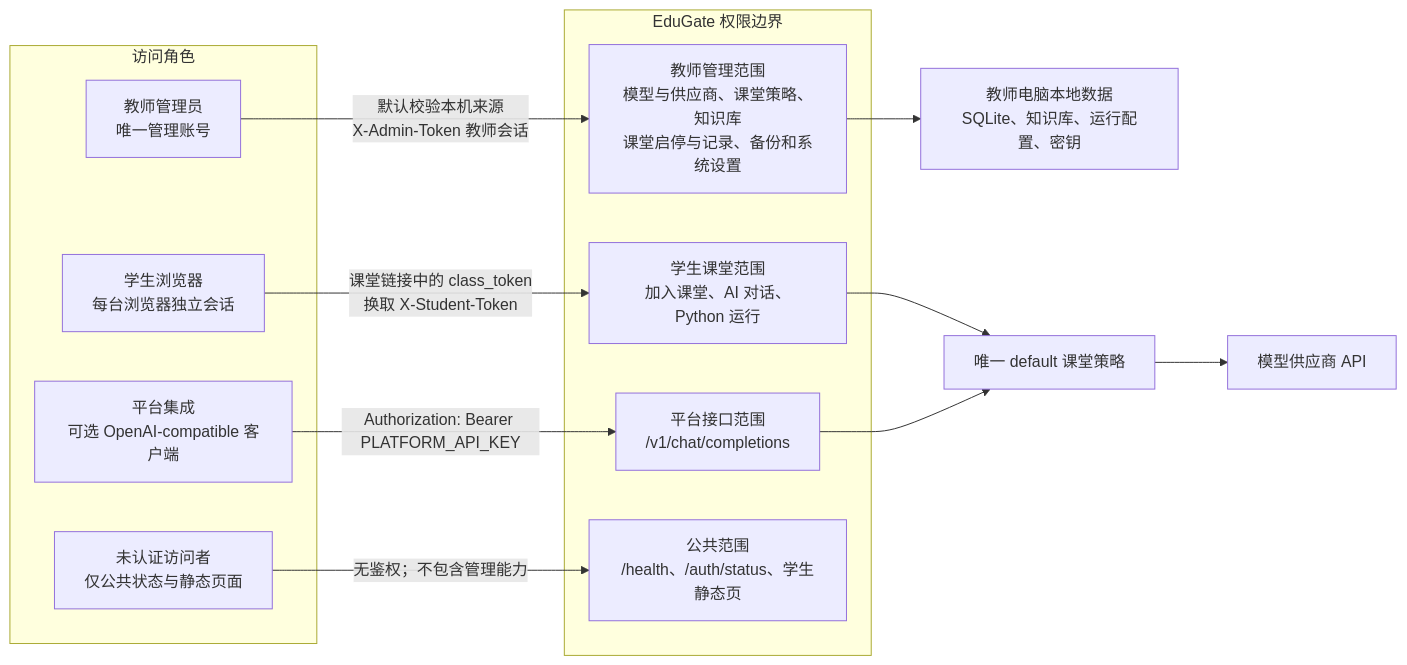
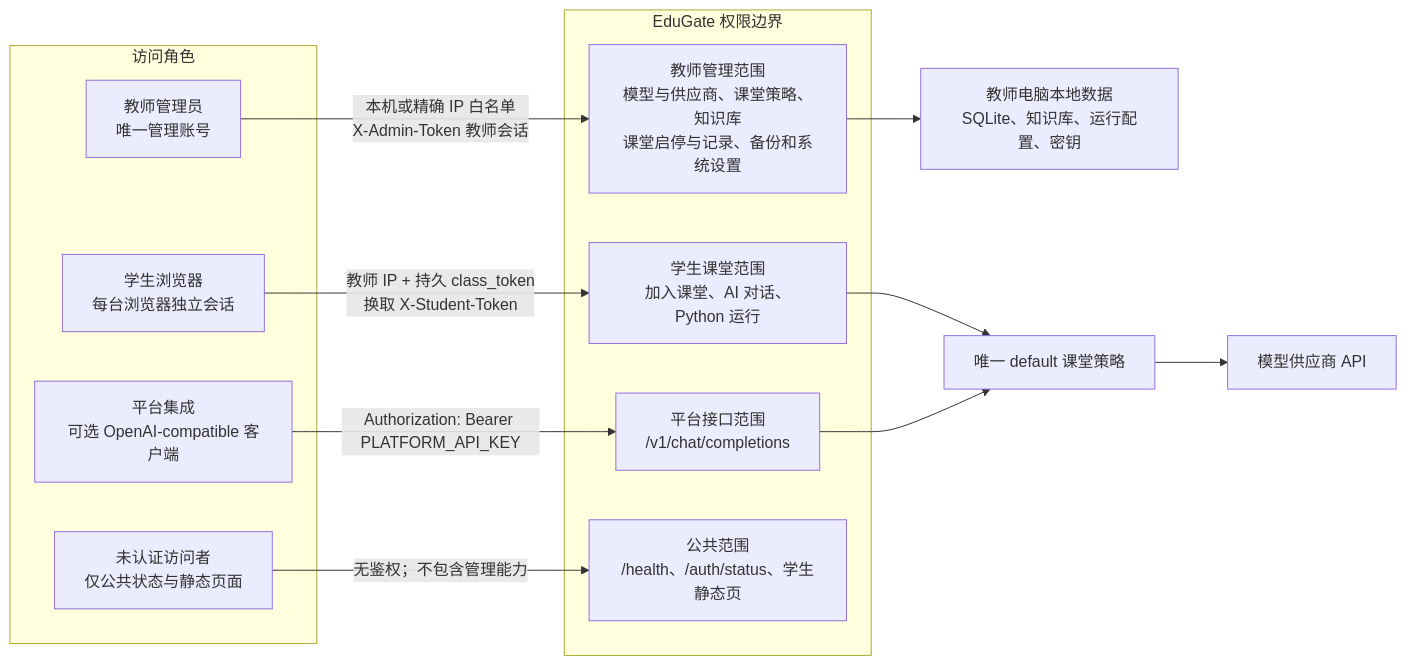
One commit to bd4rex/EduGate-standalone changed the diagram in README.md. Above: the diagram before and after it, drawn with Mermaid. The commit also changed other lines of this file and 19 other files, not shown here.

Commit message:
persist-classroom-link-and-restrict-lan-admin

````diff
--- a/README.md
+++ b/README.md
@@ -56,26 +58,26 @@
 ```mermaid
 flowchart LR
     subgraph roles["访问角色"]
         teacher["教师管理员<br/>唯一管理账号"]
         student["学生浏览器<br/>每台浏览器独立会话"]
         platform["平台集成<br/>可选 OpenAI-compatible 客户端"]
         anonymous["未认证访问者<br/>仅公共状态与静态页面"]
     end
 
     subgraph gateway["EduGate 权限边界"]
         admin_api["教师管理范围<br/>模型与供应商、课堂策略、知识库<br/>课堂启停与记录、备份和系统设置"]
         classroom_api["学生课堂范围<br/>加入课堂、AI 对话、Python 运行"]
         platform_api["平台接口范围<br/>/v1/chat/completions"]
         public_surface["公共范围<br/>/health、/auth/status、学生静态页"]
     end
 
-    teacher -->|"默认校验本机来源<br/>X-Admin-Token 教师会话"| admin_api
-    student -->|"课堂链接中的 class_token<br/>换取 X-Student-Token"| classroom_api
+    teacher -->|"本机或精确 IP 白名单<br/>X-Admin-Token 教师会话"| admin_api
+    student -->|"教师 IP + 持久 class_token<br/>换取 X-Student-Token"| classroom_api
     platform -->|"Authorization: Bearer PLATFORM_API_KEY"| platform_api
     anonymous -->|"无鉴权；不包含管理能力"| public_surface
 
     admin_api --> local_data["教师电脑本地数据<br/>SQLite、知识库、运行配置、密钥"]
     classroom_api --> default_policy["唯一 default 课堂策略"]
     platform_api --> default_policy
     default_policy --> upstream["模型供应商 API"]
 ```
````
